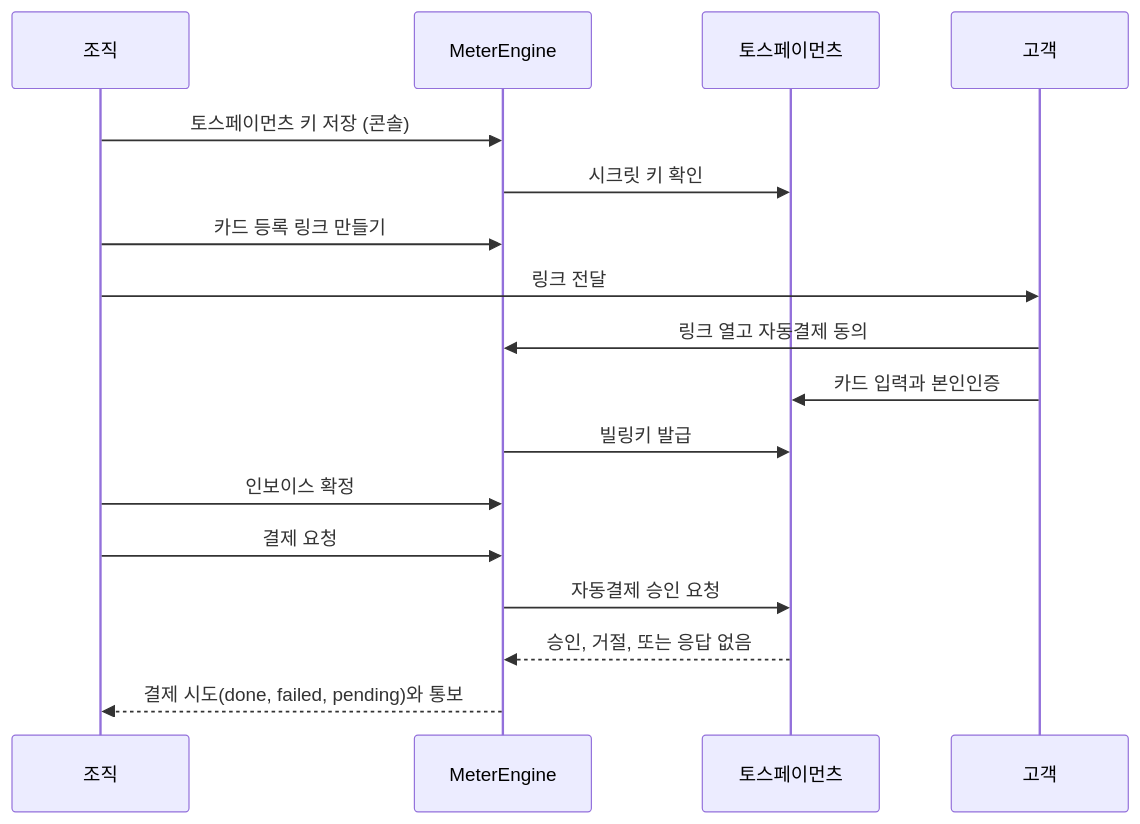
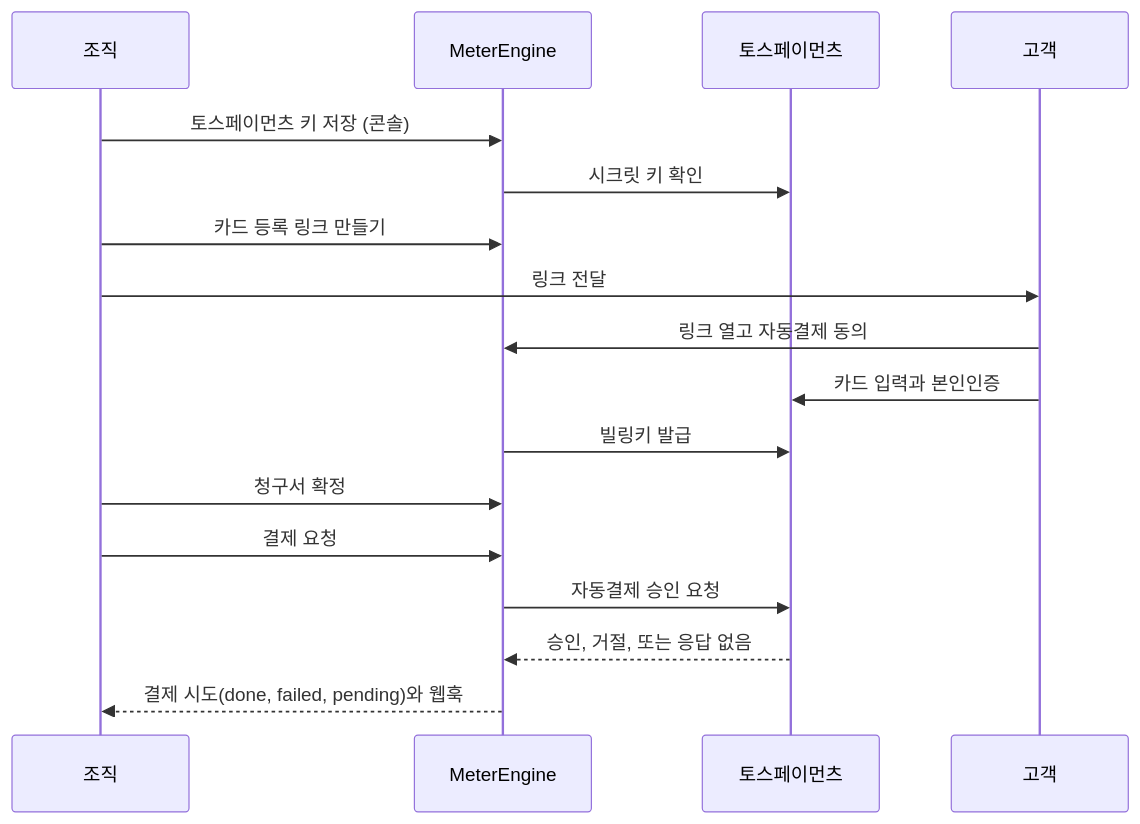
The diagram in guide/payments/overview.mdx (asm17-ms2/meterengine), drawn with Mermaid before and after one commit. The commit also changed other lines of this file and 201 other files, not shown here.

````diff
--- a/guide/payments/overview.mdx
+++ b/guide/payments/overview.mdx
@@ -38,19 +38,19 @@
 ```mermaid
 sequenceDiagram
     participant D as 조직
     participant M as MeterEngine
     participant T as 토스페이먼츠
     participant C as 고객
     D->>M: 토스페이먼츠 키 저장 (콘솔)
     M->>T: 시크릿 키 확인
     D->>M: 카드 등록 링크 만들기
     D->>C: 링크 전달
     C->>M: 링크 열고 자동결제 동의
     C->>T: 카드 입력과 본인인증
     M->>T: 빌링키 발급
-    D->>M: 인보이스 확정
+    D->>M: 청구서 확정
     D->>M: 결제 요청
     M->>T: 자동결제 승인 요청
     T-->>M: 승인, 거절, 또는 응답 없음
-    M-->>D: 결제 시도(done, failed, pending)와 통보
+    M-->>D: 결제 시도(done, failed, pending)와 웹훅
 ```
````
